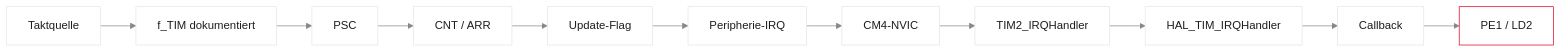
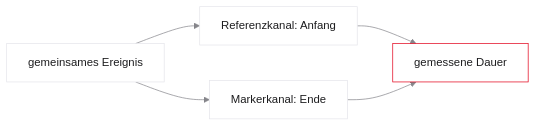
One commit to dantschi/echtzeitsysteme changed diagram 15 of 15 in vorlesungen/01_was-ist-echtzeit.qmd. Above: the diagram before and after it, drawn with Mermaid. The commit also changed other lines of this file and 3 other files, not shown here.

````diff
--- a/vorlesungen/01_was-ist-echtzeit.qmd
+++ b/vorlesungen/01_was-ist-echtzeit.qmd
@@ -1200,16 +1500,10 @@
 ```{mermaid}
-%%| fig-width: 5.4
+%%| fig-width: 5.2
 %%{init: {'theme': 'base', 'themeVariables': {'background': '#FFFFFF', 'primaryColor': '#FFFFFF', 'primaryBorderColor': '#E5E5EA', 'primaryTextColor': '#1D1D1F', 'lineColor': '#86868B', 'secondaryColor': '#F5F5F7', 'tertiaryColor': '#FFFFFF', 'mainBkg': '#FFFFFF', 'nodeBorder': '#E5E5EA', 'clusterBkg': '#F5F5F7', 'clusterBorder': '#E5E5EA', 'titleColor': '#1D1D1F', 'edgeLabelBackground': '#FFFFFF'}}}%%
 flowchart LR
-  CLK[Taktquelle] --> FT[f_TIM dokumentiert]
-  FT --> PSC[PSC]
-  PSC --> CNT[CNT / ARR]
-  CNT --> UF[Update-Flag]
-  UF --> DIER[Peripherie-IRQ]
-  DIER --> NVIC[CM4-NVIC]
-  NVIC --> H[TIM2_IRQHandler]
-  H --> HAL[HAL_TIM_IRQHandler]
-  HAL --> CB[Callback]
-  CB --> LED[PE1 / LD2]
-  style LED fill:#FFFFFF,stroke:#E2001A,stroke-width:2px !important
+  EV[gemeinsames Ereignis] --> REF[Referenzkanal: Anfang]
+  EV --> MK[Markerkanal: Ende]
+  REF --> MESS[gemessene Dauer]
+  MK --> MESS
+  style MESS fill:#FFFFFF,stroke:#E2001A,stroke-width:2px !important
 ```
````
